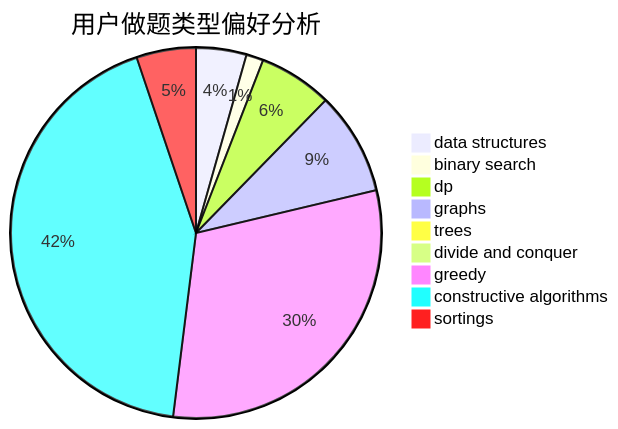
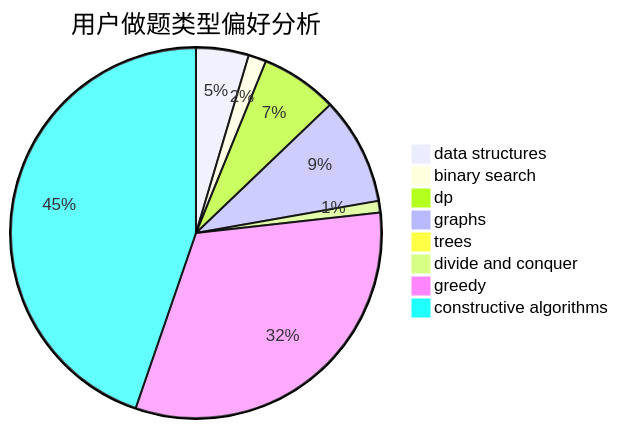
The second of 3 diagrams in docs/user/u1482.md (sherpahu/cfrs.github.io), drawn with Mermaid before and after one commit. The commit also changed other lines of this file and 2769 other files, not shown here.

````diff
--- a/docs/user/u1482.md
+++ b/docs/user/u1482.md
@@ -18,12 +18,11 @@
 ```mermaid
 pie title 用户做题类型偏好分析
     "data structures" :  50
     "binary search" :  17
     "dp" :  73
     "graphs" :  102
     "trees" :  3
     "divide and conquer" :  11
     "greedy" :  349
     "constructive algorithms" :  487
-    "sortings" :  59
 ```
````
